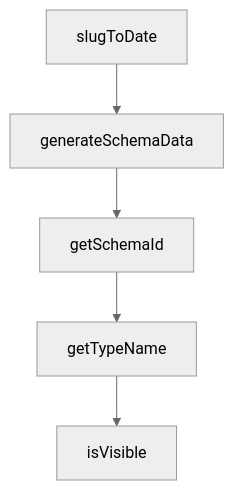
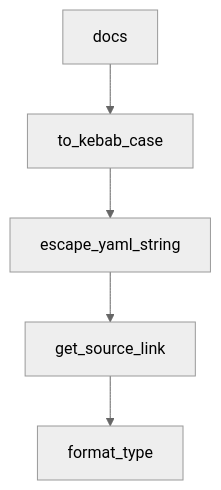
The diagram in tutorials/composio-tutorial/08-migration-troubleshooting-and-production-ops.md (johnxie/awesome-code-docs), drawn with Mermaid (neutral theme) before and after one commit. The commit also changed other lines of this file and 1232 other files, not shown here.

````diff
--- a/tutorials/composio-tutorial/08-migration-troubleshooting-and-production-ops.md
+++ b/tutorials/composio-tutorial/08-migration-troubleshooting-and-production-ops.md
@@ -195,12 +216,12 @@
 ```mermaid
 flowchart TD
-    A[slugToDate]
-    B[generateSchemaData]
-    C[getSchemaId]
-    D[getTypeName]
-    E[isVisible]
+    A[docs]
+    B[to_kebab_case]
+    C[escape_yaml_string]
+    D[get_source_link]
+    E[format_type]
     A --> B
     B --> C
     C --> D
     D --> E
 ```
````
